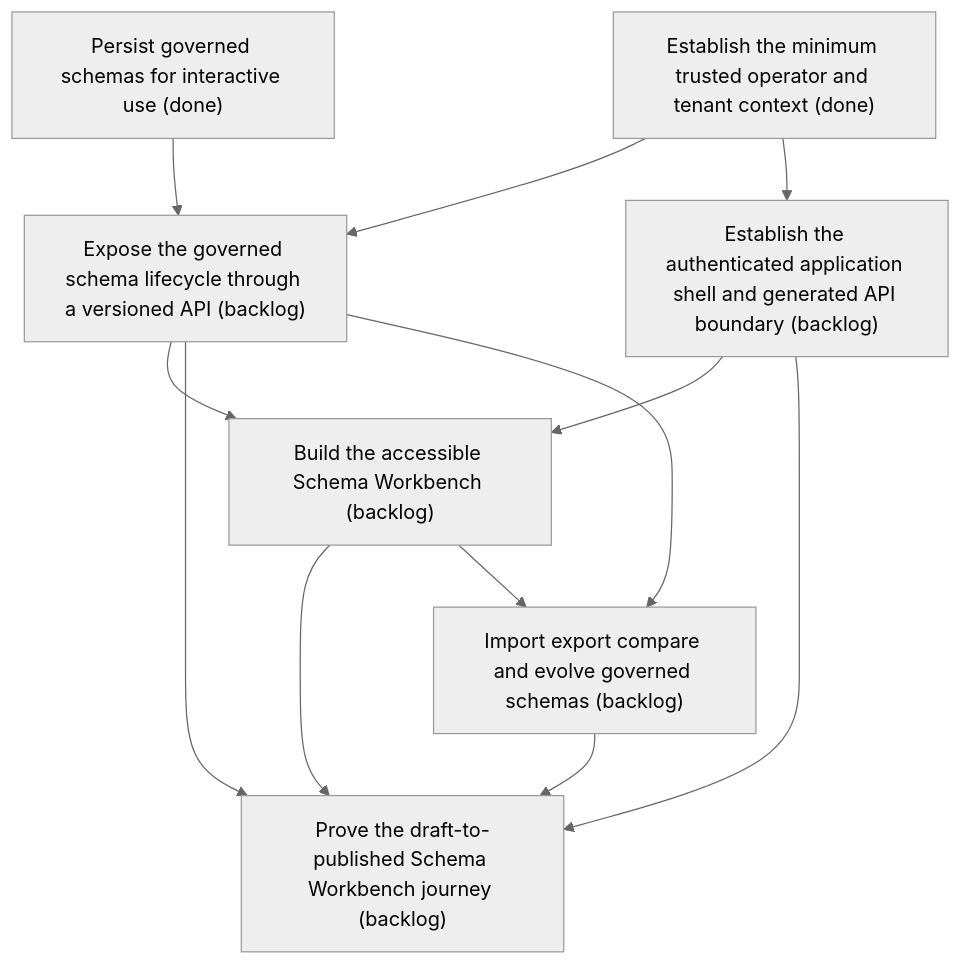
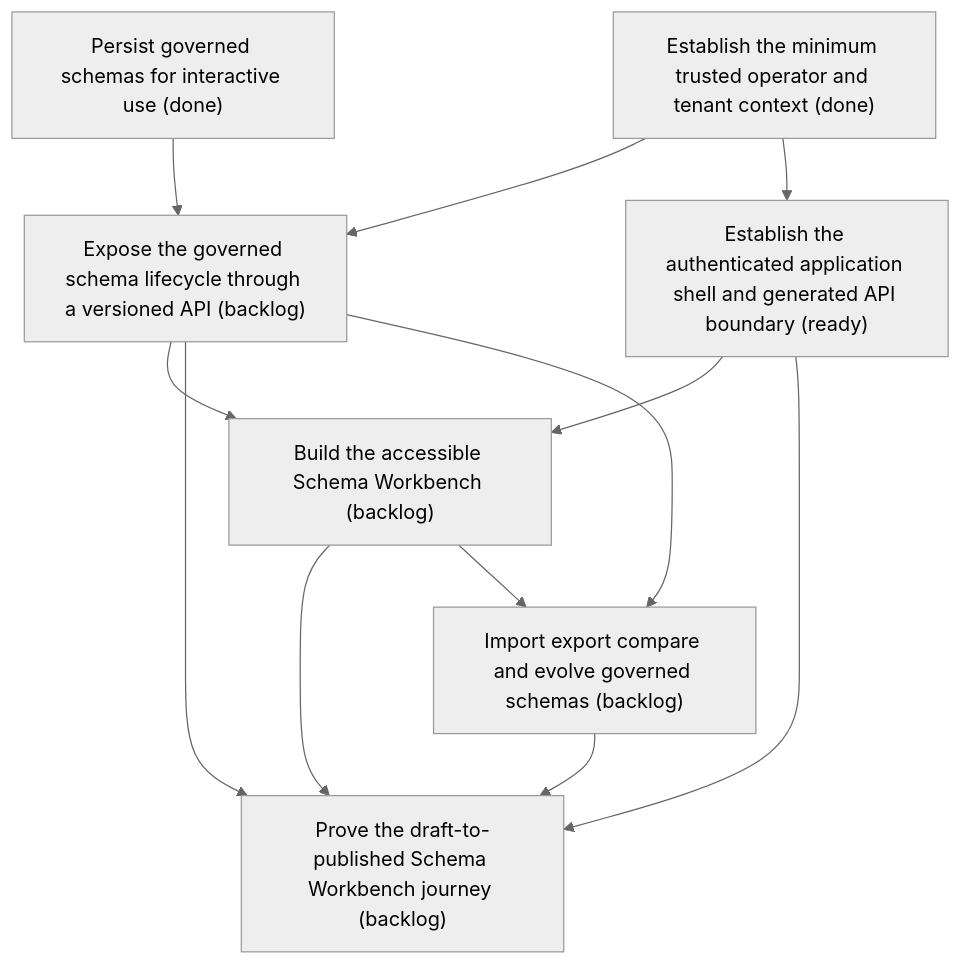
Before and after one commit to asadayoub/Evidentia: the diagram in .skyhook/plan/epics/37GEDS1AHPKD75TVFA4TGN1VD4.md, drawn with Mermaid (neutral theme). The commit also changed other lines of this file and 54 other files, not shown here.

Commit message:
chore(skyhook): approve frontend shell architecture

````diff
--- a/.skyhook/plan/epics/37GEDS1AHPKD75TVFA4TGN1VD4.md
+++ b/.skyhook/plan/epics/37GEDS1AHPKD75TVFA4TGN1VD4.md
@@ -26,21 +26,21 @@
 ```mermaid
 flowchart TD
     0VJ9SHA39TA291D8QXB0TQS3HQ["Persist governed schemas for interactive use (done)"]
     N1ZNPJWFZYPV0MVB8FP137GRJP["Establish the minimum trusted operator and tenant context (done)"]
     X51S43NTMRW5ASYSKJBF7FW845["Expose the governed schema lifecycle through a versioned API (backlog)"]
     0VJ9SHA39TA291D8QXB0TQS3HQ --> X51S43NTMRW5ASYSKJBF7FW845
     N1ZNPJWFZYPV0MVB8FP137GRJP --> X51S43NTMRW5ASYSKJBF7FW845
     H98W5WTJBWT8EY0Q10P3KPCEEB["Build the accessible Schema Workbench (backlog)"]
     STORY-017 --> H98W5WTJBWT8EY0Q10P3KPCEEB
     X51S43NTMRW5ASYSKJBF7FW845 --> H98W5WTJBWT8EY0Q10P3KPCEEB
     265YM4FNANJAH2J338BKAWFXDM["Prove the draft-to-published Schema Workbench journey (backlog)"]
     STORY-017 --> 265YM4FNANJAH2J338BKAWFXDM
     X51S43NTMRW5ASYSKJBF7FW845 --> 265YM4FNANJAH2J338BKAWFXDM
     H98W5WTJBWT8EY0Q10P3KPCEEB --> 265YM4FNANJAH2J338BKAWFXDM
     STORY-018 --> 265YM4FNANJAH2J338BKAWFXDM
-    STORY-017["Establish the authenticated application shell and generated API boundary (backlog)"]
+    STORY-017["Establish the authenticated application shell and generated API boundary (ready)"]
     N1ZNPJWFZYPV0MVB8FP137GRJP --> STORY-017
     STORY-018["Import export compare and evolve governed schemas (backlog)"]
     X51S43NTMRW5ASYSKJBF7FW845 --> STORY-018
     H98W5WTJBWT8EY0Q10P3KPCEEB --> STORY-018
 ```
````
